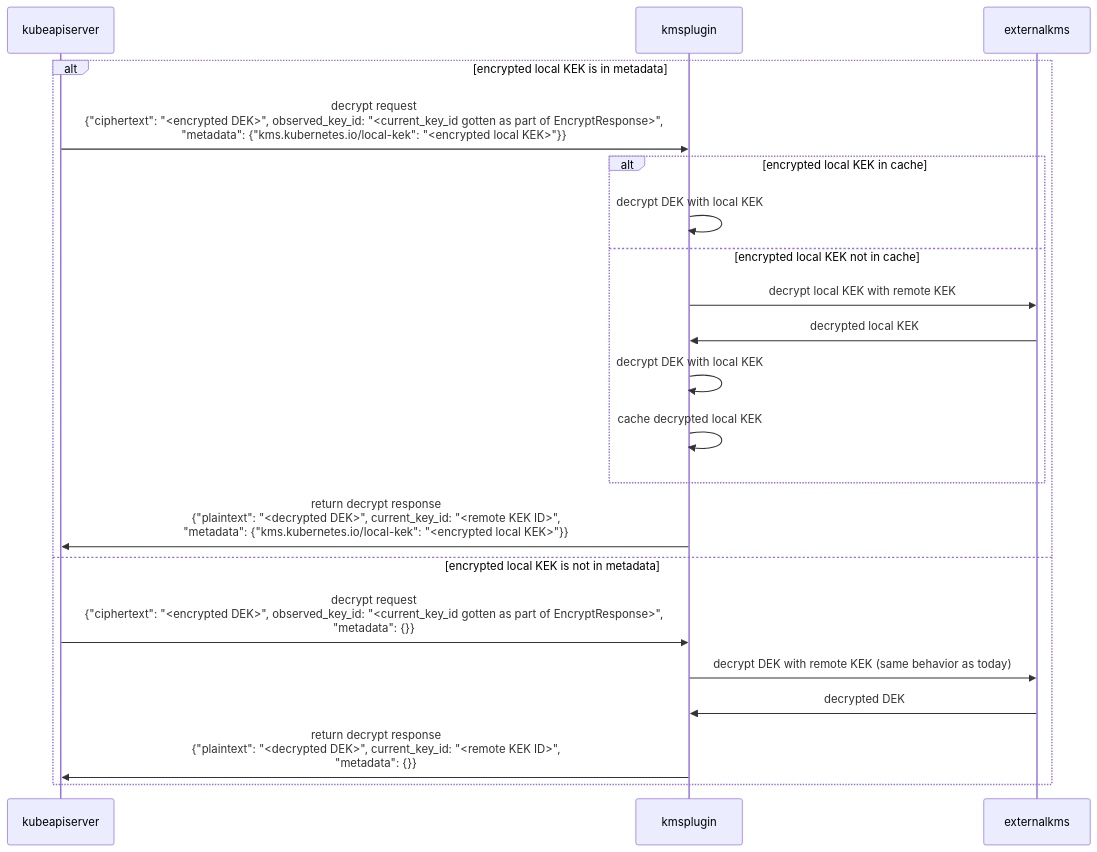
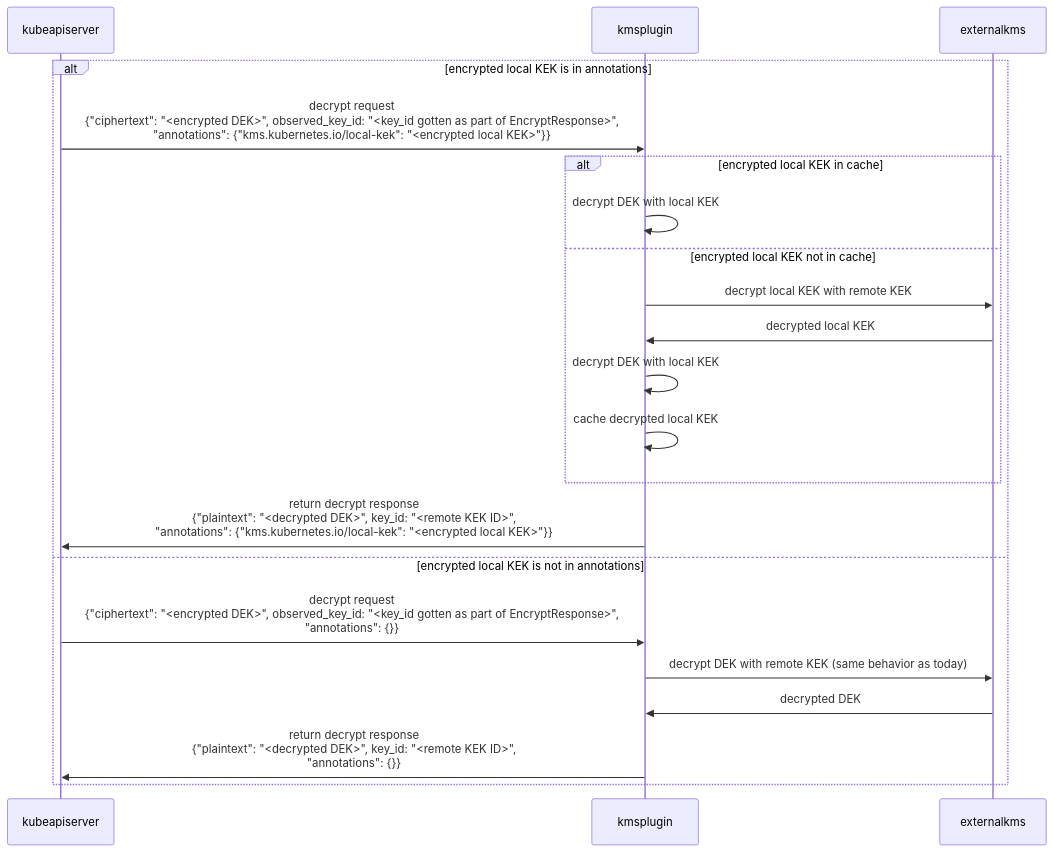
One commit to kubernetes/enhancements changed the second of 2 diagrams in keps/sig-auth/3299-kms-v2-improvements/README.md. Above: the diagram before and after it, drawn with Mermaid. The commit also changed other lines of this file, not shown here.

````diff
--- a/keps/sig-auth/3299-kms-v2-improvements/README.md
+++ b/keps/sig-auth/3299-kms-v2-improvements/README.md
@@ -321,24 +321,24 @@
 ```mermaid
 sequenceDiagram
     participant kubeapiserver
     participant kmsplugin
     participant externalkms
-    %% if local KEK in metadata, then using hierarchy
-    alt encrypted local KEK is in metadata
-      kubeapiserver->>kmsplugin: decrypt request <br/> {"ciphertext": "<encrypted DEK>", observed_key_id: "<current_key_id gotten as part of EncryptResponse>", <br/> "metadata": {"kms.kubernetes.io/local-kek": "<encrypted local KEK>"}}
+    %% if local KEK in annotations, then using hierarchy
+    alt encrypted local KEK is in annotations
+      kubeapiserver->>kmsplugin: decrypt request <br/> {"ciphertext": "<encrypted DEK>", observed_key_id: "<key_id gotten as part of EncryptResponse>", <br/> "annotations": {"kms.kubernetes.io/local-kek": "<encrypted local KEK>"}}
         alt encrypted local KEK in cache
             kmsplugin->>kmsplugin: decrypt DEK with local KEK
         else encrypted local KEK not in cache
             kmsplugin->>externalkms: decrypt local KEK with remote KEK
             externalkms->>kmsplugin: decrypted local KEK
             kmsplugin->>kmsplugin: decrypt DEK with local KEK
             kmsplugin->>kmsplugin: cache decrypted local KEK
         end
-        kmsplugin->>kubeapiserver: return decrypt response <br/> {"plaintext": "<decrypted DEK>", current_key_id: "<remote KEK ID>", <br/> "metadata": {"kms.kubernetes.io/local-kek": "<encrypted local KEK>"}}
-    else encrypted local KEK is not in metadata
-        kubeapiserver->>kmsplugin: decrypt request <br/> {"ciphertext": "<encrypted DEK>", observed_key_id: "<current_key_id gotten as part of EncryptResponse>", <br/> "metadata": {}}
+        kmsplugin->>kubeapiserver: return decrypt response <br/> {"plaintext": "<decrypted DEK>", key_id: "<remote KEK ID>", <br/> "annotations": {"kms.kubernetes.io/local-kek": "<encrypted local KEK>"}}
+    else encrypted local KEK is not in annotations
+        kubeapiserver->>kmsplugin: decrypt request <br/> {"ciphertext": "<encrypted DEK>", observed_key_id: "<key_id gotten as part of EncryptResponse>", <br/> "annotations": {}}
         kmsplugin->>externalkms: decrypt DEK with remote KEK (same behavior as today)
         externalkms->>kmsplugin: decrypted DEK
-        kmsplugin->>kubeapiserver: return decrypt response <br/> {"plaintext": "<decrypted DEK>", current_key_id: "<remote KEK ID>", <br/> "metadata": {}}
+        kmsplugin->>kubeapiserver: return decrypt response <br/> {"plaintext": "<decrypted DEK>", key_id: "<remote KEK ID>", <br/> "annotations": {}}
     end
 ```
````
